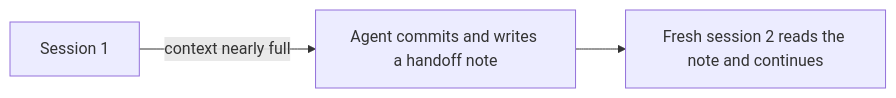
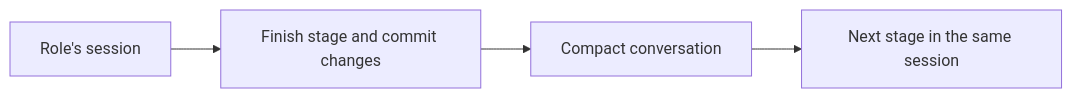
The second of 2 diagrams in README.md (AquilaWei/harnessboard), drawn with Mermaid before and after one commit. The commit also changed other lines of this file and 44 other files, not shown here.

````diff
--- a/README.md
+++ b/README.md
@@ -176,5 +177,6 @@
 ```mermaid
 flowchart LR
-  S1[Session 1] -- context nearly full --> H[Agent commits and writes a handoff note]
-  H --> S2[Fresh session 2 reads the note and continues]
+  S1[Role's session] --> H[Finish stage and commit changes]
+  H --> C[Compact conversation]
+  C --> S2[Next stage in the same session]
 ```
````
